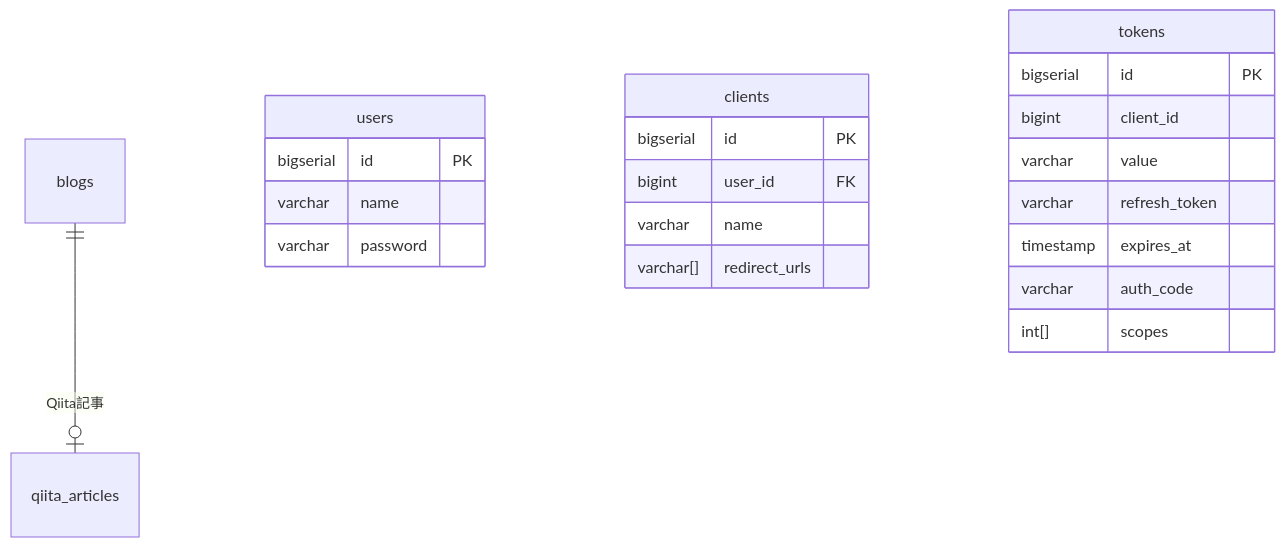
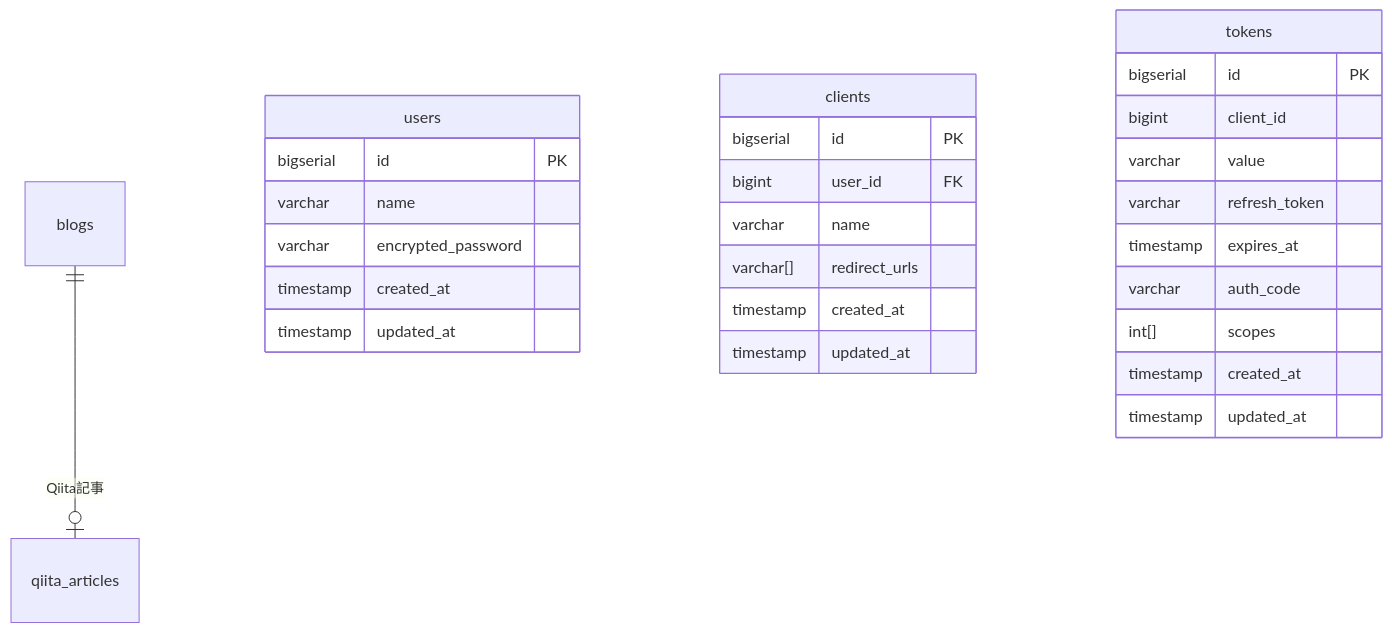
One commit to piny940/auth changed the diagram in doc/er.md. Above: the diagram before and after it, drawn with Mermaid. The commit also changed 4 other files, not shown here.

````diff
--- a/doc/er.md
+++ b/doc/er.md
@@ -1,27 +1,33 @@
 ```mermaid
 erDiagram
   blogs ||--o| qiita_articles : "Qiita記事"
 
   users {
     bigserial id PK
     varchar name
-    varchar password
+    varchar encrypted_password
+    timestamp created_at
+    timestamp updated_at
   }
 
   clients {
     bigserial id PK
     bigint user_id FK
     varchar name
     varchar[] redirect_urls
+    timestamp created_at
+    timestamp updated_at
   }
   tokens {
     bigserial id PK
     bigint client_id
     varchar value
     varchar refresh_token
     timestamp expires_at
     varchar auth_code
     int[] scopes
+    timestamp created_at
+    timestamp updated_at
   }
 
 ```
````
